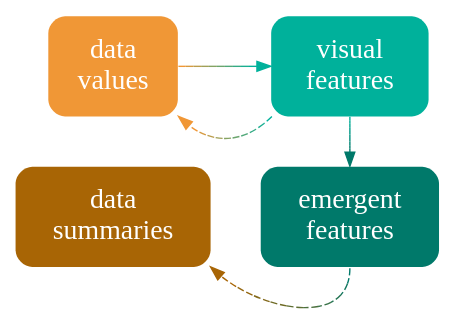
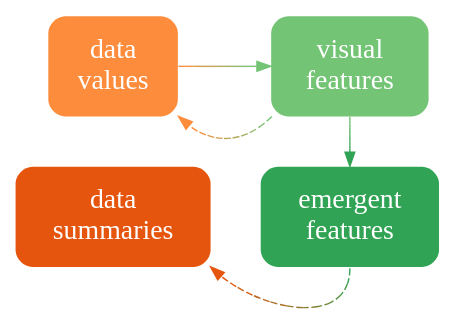
The diagram in Diagrams/data-vis-vis-stat.dot (pmur002/hdvw), drawn with Graphviz before and after one commit. The commit also changed 676 other files, not shown here.

```diff
--- a/Diagrams/data-vis-vis-stat.dot
+++ b/Diagrams/data-vis-vis-stat.dot
@@ -1,16 +1,16 @@
 digraph {
   graph [ rankdir=LR; margin=.2; nodesep=.5 ];
   node [ fontsize=20; fontname="sans bold"; margin=.2 ];
-  data [ label="data\nvalues"; shape=box; style="filled, rounded"; penwidth=0; fontcolor=white; fillcolor="#F09736" ]
-  stat [ label="data\nsummaries"; shape=box; style="filled, rounded"; penwidth=0; fontcolor=white; fillcolor="#A86505" ]
+  data [ label="data\nvalues"; shape=box; style="filled, rounded"; penwidth=0; fontcolor=white; fillcolor="#FD8D3C" ]
+  stat [ label="data\nsummaries"; shape=box; style="filled, rounded"; penwidth=0; fontcolor=white; fillcolor="#E6550D" ]
   vis [ label="visual\nfeatures"; shape=box;
-     style="filled, rounded"; penwidth=0; fontcolor=white; fillcolor="#00B19B" ]
+     style="filled, rounded"; penwidth=0; fontcolor=white; fillcolor="#74C476" ]
   add [ label="emergent\nfeatures"; shape=box;
-     style="filled, rounded"; penwidth=0; fontcolor=white; fillcolor="#00796A" ]
-  data -> vis [ color="#F09736;0.1:#D59A41;0.1:#BB9D4C;0.1:#A0A058;0.1:#85A363;0.1:#6BA56E;0.1:#50A879;0.1:#35AB85;0.1:#1BAE90;0.1:#00B19B;0.1" ]
-  vis -> add [ color="#00B19B;0.1:#00AB96;0.1:#00A590;0.1:#009E8B;0.1:#009885;0.1:#009280;0.1:#008C7A;0.1:#008575;0.1:#007F6F;0.1:#00796A;0.1" ]
-  vis:sw -> data:se [ style="dashed", color="#00B19B;0.1:#1BAE90;0.1:#35AB85;0.1:#50A879;0.1:#6BA56E;0.1:#85A363;0.1:#A0A058;0.1:#BB9D4C;0.1:#D59A41;0.1:#F09736;0.1" ]
-  add:s -> stat:se [ style="dashed", color="#00796A;0.1:#13775F;0.1:#257554;0.1:#387248;0.1:#4B703D;0.1:#5D6E32;0.1:#706C27;0.1:#83691B;0.1:#956710;0.1:#A86505;0.1" ]
+     style="filled, rounded"; penwidth=0; fontcolor=white; fillcolor="#31A354" ]
+  data -> vis [ color="#FD8D3C;0.1:#EE9342;0.1:#DF9949;0.1:#CF9F4F;0.1:#C0A556;0.1:#B1AC5C;0.1:#A2B263;0.1:#92B869;0.1:#83BE70;0.1:#74C476;0.1" ]
+  vis -> add [ color="#74C476;0.1:#6DC072;0.1:#65BD6E;0.1:#5EB96B;0.1:#56B567;0.1:#4FB263;0.1:#47AE5F;0.1:#40AA5C;0.1:#38A758;0.1:#31A354;0.1" ]
+  vis:sw -> data:se [ style="dashed", color="#74C476;0.1:#83BE70;0.1:#92B869;0.1:#A2B263;0.1:#B1AC5C;0.1:#C0A556;0.1:#CF9F4F;0.1:#DF9949;0.1:#EE9342;0.1:#FD8D3C;0.1" ]
+  add:s -> stat:se [ style="dashed", color="#31A354;0.1:#459A4C;0.1:#599244;0.1:#6D893C;0.1:#818034;0.1:#96782D;0.1:#AA6F25;0.1:#BE661D;0.1:#D25E15;0.1:#E6550D;0.1" ]
 { rank=same; data, stat }
 { rank=same; vis, add }
 }
```
